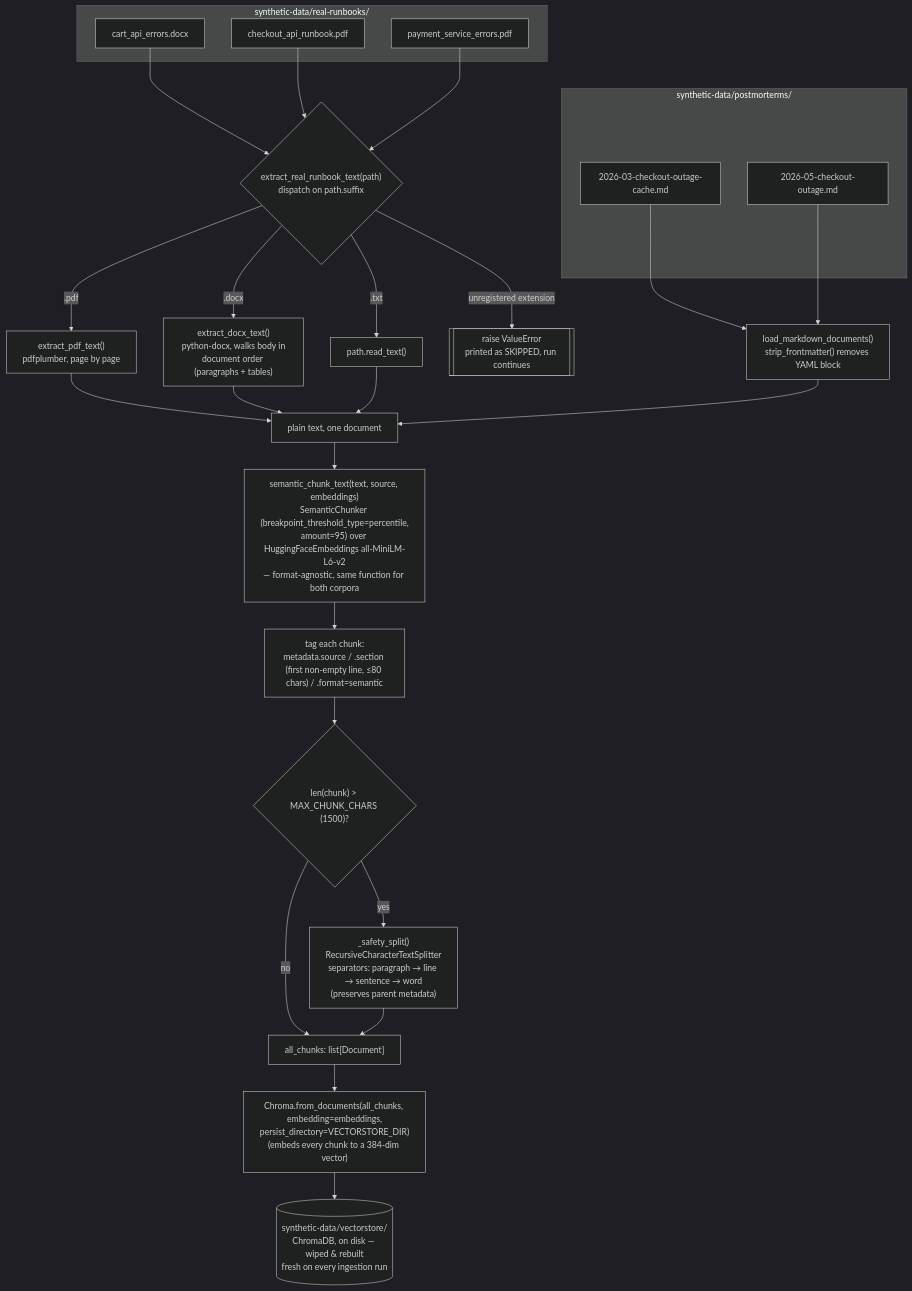
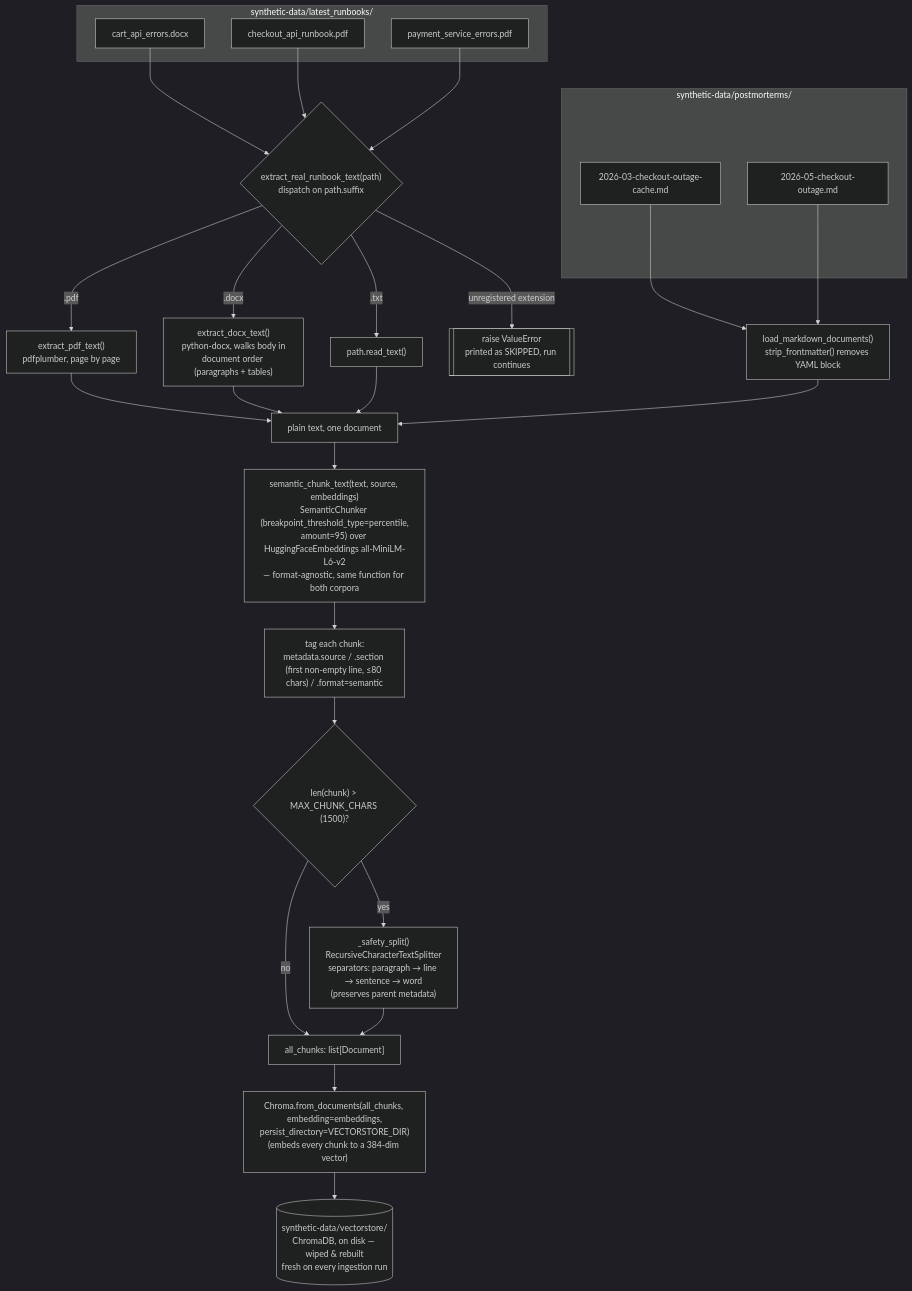
The third of 3 diagrams in docs/detailed_readme.md (jagannathbalachandran/incident-pilot), drawn with Mermaid (dark theme) before and after one commit. The commit also changed other lines of this file and 5 other files, not shown here.

Commit message:
Updated to use latest_runbooks for vector store and removed other references in code and readme's

````diff
--- a/docs/detailed_readme.md
+++ b/docs/detailed_readme.md
@@ -253,37 +248,37 @@
 ```mermaid
 flowchart TD
-    subgraph RB["synthetic-data/real-runbooks/"]
+    subgraph RB["synthetic-data/latest_runbooks/"]
         RB1["cart_api_errors.docx"]
         RB2["checkout_api_runbook.pdf"]
         RB3["payment_service_errors.pdf"]
     end
 
     subgraph PM["synthetic-data/postmorterms/"]
         PM1["2026-03-checkout-outage-cache.md"]
         PM2["2026-05-checkout-outage.md"]
     end
 
     RB1 & RB2 & RB3 --> EXT{"extract_real_runbook_text(path)\ndispatch on path.suffix"}
     EXT -->|".pdf"| PDFX["extract_pdf_text()\npdfplumber, page by page"]
     EXT -->|".docx"| DOCX["extract_docx_text()\npython-docx, walks body in\ndocument order (paragraphs + tables)"]
     EXT -->|".txt"| TXT["path.read_text()"]
     EXT -->|"unregistered extension"| SKIP[["raise ValueError\nprinted as SKIPPED, run continues"]]
 
     PM1 & PM2 --> STRIP["load_markdown_documents()\nstrip_frontmatter() removes YAML block"]
 
     PDFX --> PLAIN["plain text, one document"]
     DOCX --> PLAIN
     TXT --> PLAIN
     STRIP --> PLAIN
 
     PLAIN --> CHUNK["semantic_chunk_text(text, source, embeddings)\nSemanticChunker (breakpoint_threshold_type=percentile,\namount=95) over HuggingFaceEmbeddings all-MiniLM-L6-v2\n— format-agnostic, same function for both corpora"]
 
     CHUNK --> META["tag each chunk:\nmetadata.source / .section (first non-empty line, ≤80 chars) / .format=semantic"]
     META --> SIZECHECK{"len(chunk) > MAX_CHUNK_CHARS (1500)?"}
     SIZECHECK -->|"yes"| SAFETY["_safety_split()\nRecursiveCharacterTextSplitter\nseparators: paragraph → line → sentence → word\n(preserves parent metadata)"]
     SIZECHECK -->|"no"| CHUNKS
     SAFETY --> CHUNKS["all_chunks: list[Document]"]
 
     CHUNKS --> PERSIST["Chroma.from_documents(all_chunks, embedding=embeddings,\npersist_directory=VECTORSTORE_DIR)\n(embeds every chunk to a 384-dim vector)"]
     PERSIST --> VS[("synthetic-data/vectorstore/\nChromaDB, on disk — wiped & rebuilt\nfresh on every ingestion run")]
 ```
````
